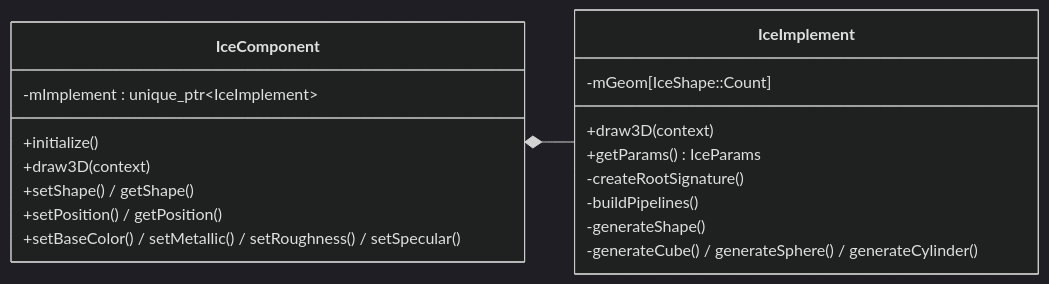
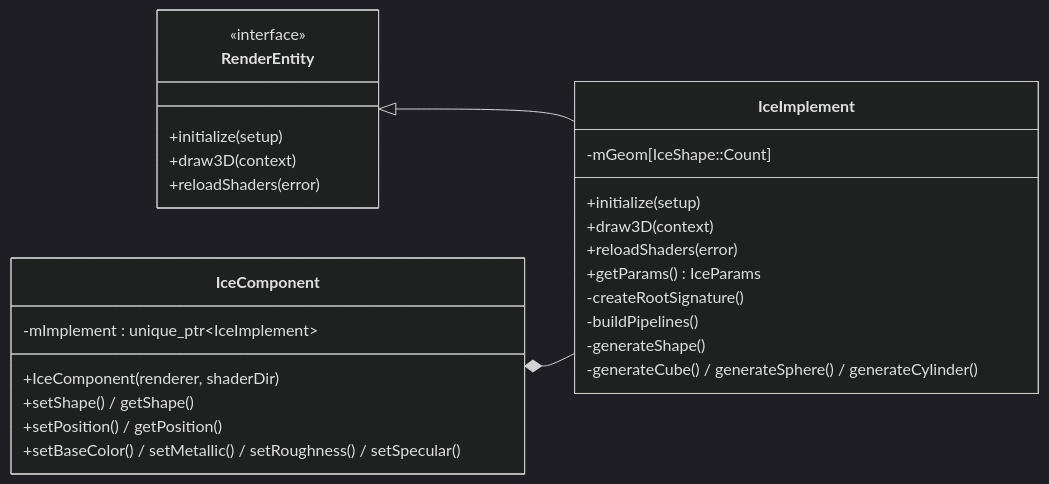
Before and after one commit to HayatoOtsuki/Test: the first of 2 diagrams in docs/03-ice-component.md, drawn with Mermaid (dark theme). The commit also changed other lines of this file and 12 other files, not shown here.

First line of the commit message:
refactor(ice): move draw entry points into IceImplement

````diff
--- a/docs/03-ice-component.md
+++ b/docs/03-ice-component.md
@@ -12,22 +12,30 @@
 ```mermaid
 classDiagram
     direction LR
+    class RenderEntity {
+        <<interface>>
+        +initialize(setup)
+        +draw3D(context)
+        +reloadShaders(error)
+    }
     class IceComponent {
-        +initialize()
-        +draw3D(context)
+        +IceComponent(renderer, shaderDir)
         +setShape() / getShape()
         +setPosition() / getPosition()
         +setBaseColor() / setMetallic() / setRoughness() / setSpecular()
         -mImplement : unique_ptr~IceImplement~
     }
     class IceImplement {
+        +initialize(setup)
         +draw3D(context)
+        +reloadShaders(error)
         +getParams() IceParams
         -createRootSignature()
         -buildPipelines()
         -generateShape()
         -generateCube() / generateSphere() / generateCylinder()
         -mGeom[IceShape::Count]
     }
+    RenderEntity <|-- IceImplement
     IceComponent *-- IceImplement
 ```
````
